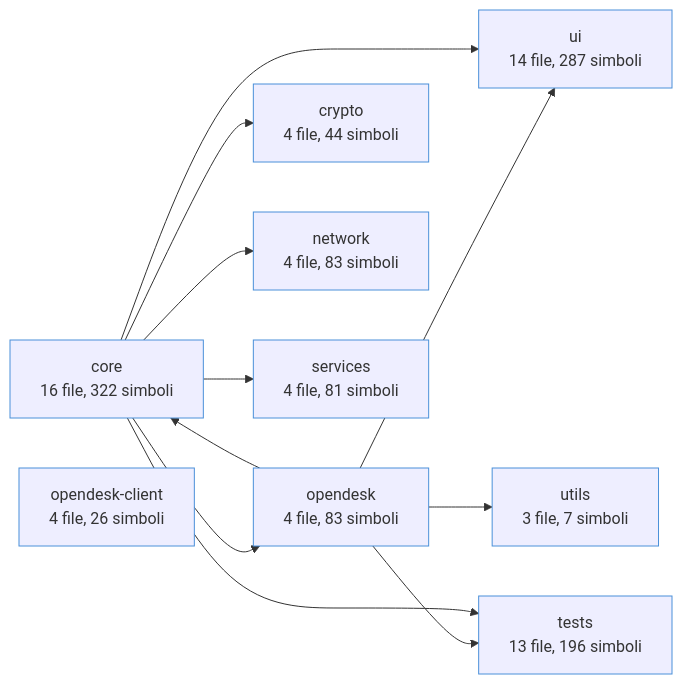
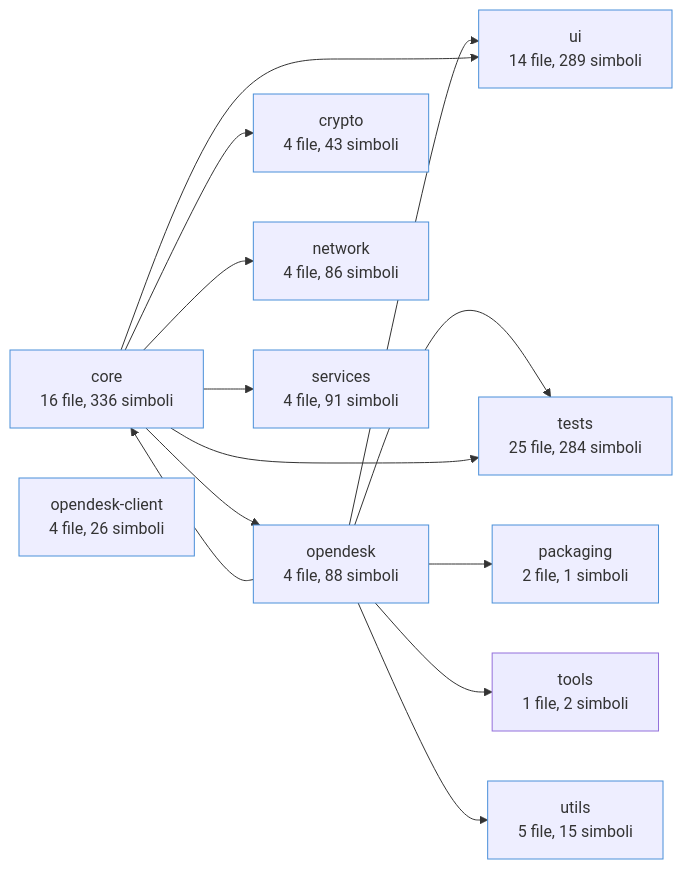
One commit to gbilanc/opendesk-client changed the first of 8 diagrams in docs/CODEBASE_MAP.md. Above: the diagram before and after it, drawn with Mermaid. The commit also changed other lines of this file and 17 other files, not shown here.

````diff
--- a/docs/CODEBASE_MAP.md
+++ b/docs/CODEBASE_MAP.md
@@ -156,24 +172,28 @@
 ```mermaid
 flowchart LR
-  M0["core\n16 file, 322 simboli"]
-  M1["ui\n14 file, 287 simboli"]
-  M2["tests\n13 file, 196 simboli"]
-  M3["opendesk-client\n4 file, 26 simboli"]
-  M4["opendesk\n4 file, 83 simboli"]
-  M5["crypto\n4 file, 44 simboli"]
-  M6["network\n4 file, 83 simboli"]
-  M7["services\n4 file, 81 simboli"]
-  M8["utils\n3 file, 7 simboli"]
-  M4 --> M0
-  M4 --> M2
-  M4 --> M8
-  M4 --> M1
-  M0 --> M6
-  M0 --> M1
-  M0 --> M4
-  M0 --> M7
-  M0 --> M2
-  M0 --> M5
+  M0["tests\n25 file, 284 simboli"]
+  M1["core\n16 file, 336 simboli"]
+  M2["ui\n14 file, 289 simboli"]
+  M3["utils\n5 file, 15 simboli"]
+  M4["opendesk-client\n4 file, 26 simboli"]
+  M5["opendesk\n4 file, 88 simboli"]
+  M6["crypto\n4 file, 43 simboli"]
+  M7["network\n4 file, 86 simboli"]
+  M8["services\n4 file, 91 simboli"]
+  M9["packaging\n2 file, 1 simboli"]
+  M10["tools\n1 file, 2 simboli"]
+  M5 --> M0
+  M5 --> M1
+  M5 --> M9
+  M5 --> M10
+  M5 --> M3
+  M5 --> M2
+  M1 --> M7
+  M1 --> M2
+  M1 --> M5
+  M1 --> M8
+  M1 --> M0
+  M1 --> M6
   classDef mod fill:#eef,stroke:#4a90d9,stroke-width:1px;
   class M0,M1,M2,M3,M4,M5,M6,M7,M8,M9 mod;
 ```
````
